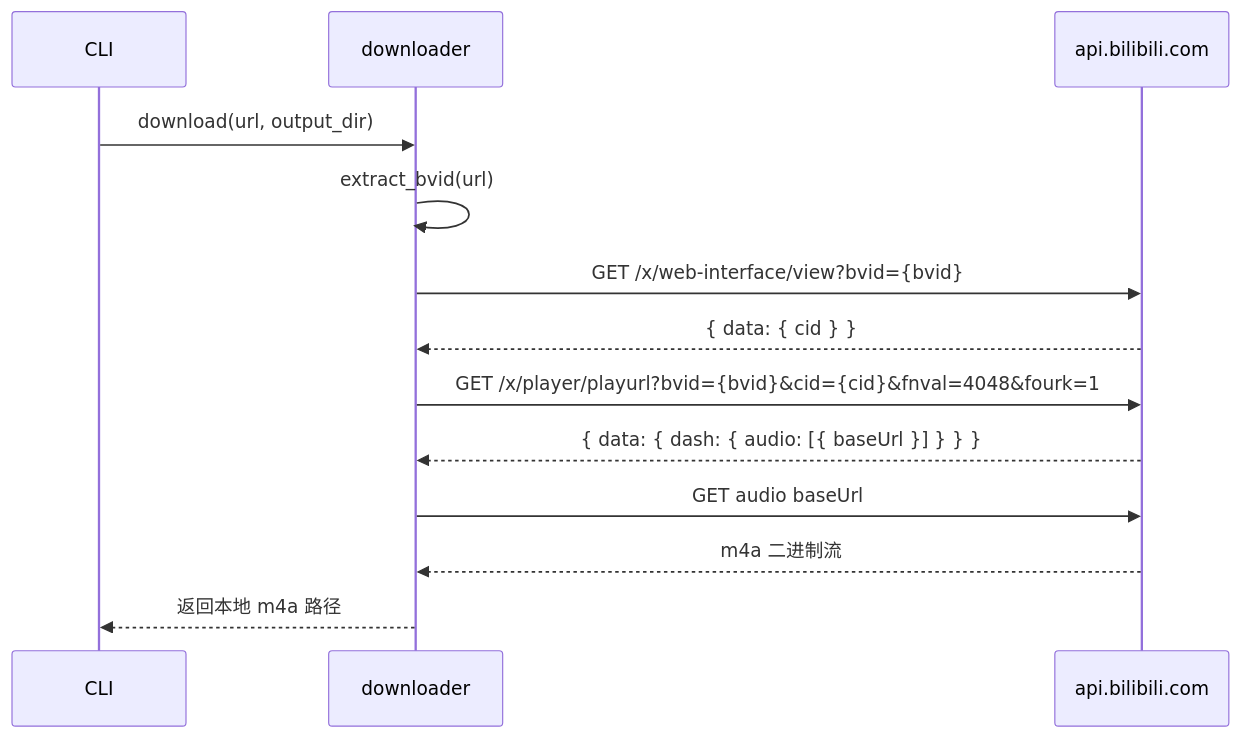
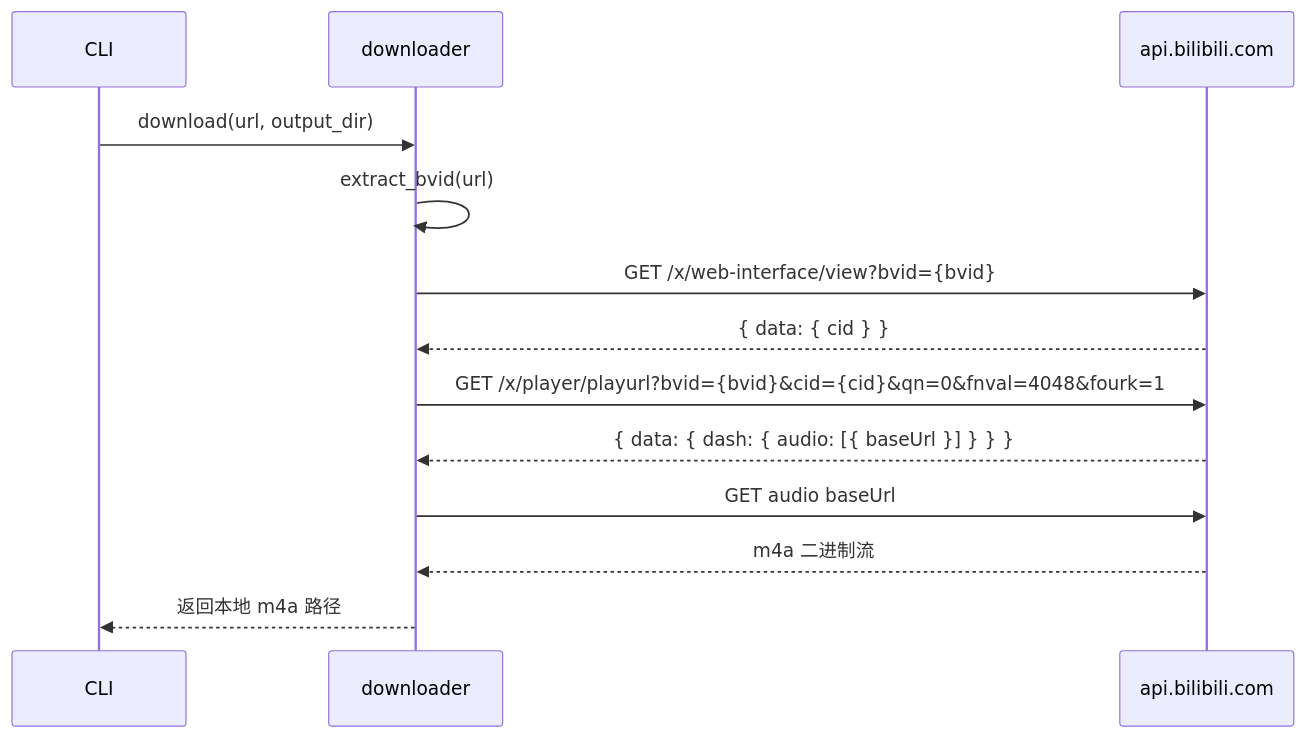
Before and after one commit to kechengzhang28/Vid2Text-Skill: the fourth of 4 diagrams in docs/dev.md, drawn with Mermaid. The commit also changed other lines of this file, not shown here.

````diff
--- a/docs/dev.md
+++ b/docs/dev.md
@@ -119,16 +119,16 @@
 ```mermaid
 sequenceDiagram
     participant CLI
     participant DL as downloader
     participant API as api.bilibili.com
 
     CLI->>DL: download(url, output_dir)
     DL->>DL: extract_bvid(url)
     DL->>API: GET /x/web-interface/view?bvid={bvid}
     API-->>DL: { data: { cid } }
-    DL->>API: GET /x/player/playurl?bvid={bvid}&cid={cid}&fnval=4048&fourk=1
+    DL->>API: GET /x/player/playurl?bvid={bvid}&cid={cid}&qn=0&fnval=4048&fourk=1
     API-->>DL: { data: { dash: { audio: [{ baseUrl }] } } }
     DL->>API: GET audio baseUrl
     API-->>DL: m4a 二进制流
     DL-->>CLI: 返回本地 m4a 路径
 ```
````
